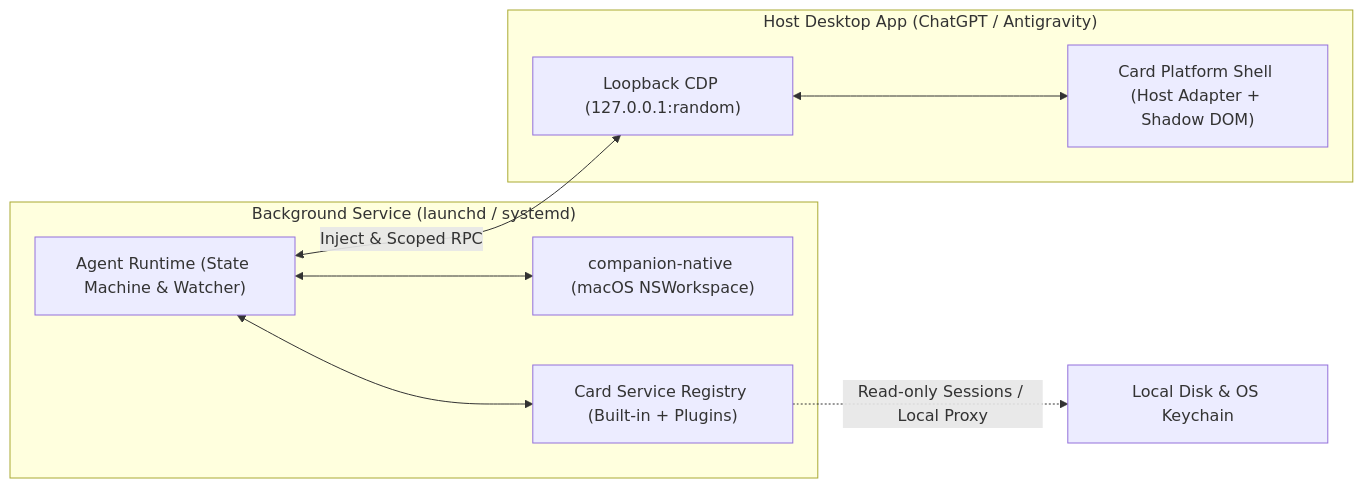
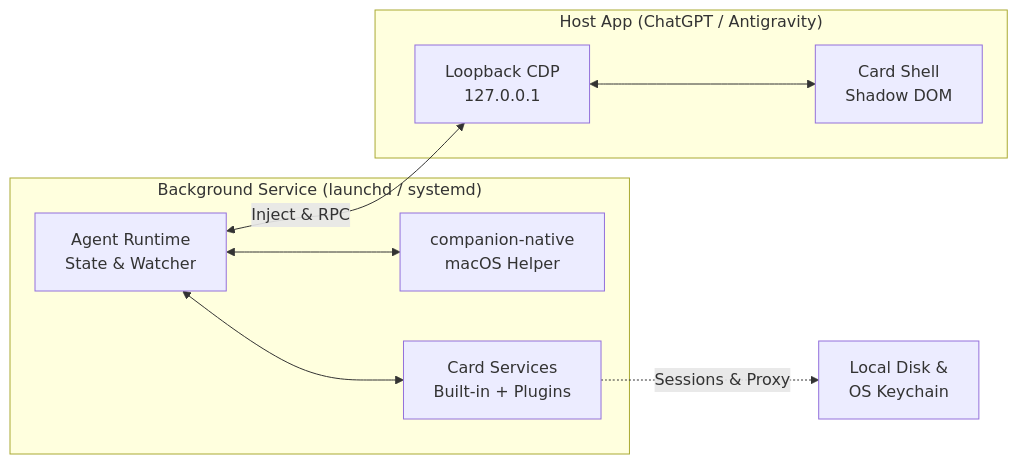
The diagram in README.md (foriLLL/agent-companion), drawn with Mermaid before and after one commit. The commit also changed 1 other file, not shown here.

Commit message:
docs: 修复中英文 README 架构图节点在 GitHub 被截断的问题

````diff
--- a/README.md
+++ b/README.md
@@ -227,19 +227,19 @@
 ```mermaid
 flowchart LR
   subgraph OS["Background Service (launchd / systemd)"]
-    Agent["Agent Runtime (State Machine & Watcher)"]
-    Native["companion-native (macOS NSWorkspace)"]
-    Services["Card Service Registry (Built-in + Plugins)"]
+    Agent["Agent Runtime<br/>State & Watcher"]
+    Native["companion-native<br/>macOS Helper"]
+    Services["Card Services<br/>Built-in + Plugins"]
     Agent <--> Native
     Agent <--> Services
   end
 
-  subgraph Host["Host Desktop App (ChatGPT / Antigravity)"]
-    CDP["Loopback CDP (127.0.0.1:random)"]
-    Page["Card Platform Shell (Host Adapter + Shadow DOM)"]
+  subgraph Host["Host App (ChatGPT / Antigravity)"]
+    CDP["Loopback CDP<br/>127.0.0.1"]
+    Page["Card Shell<br/>Shadow DOM"]
     CDP <--> Page
   end
 
-  Agent <-->|"Inject & Scoped RPC"| CDP
-  Services -.->|"Read-only Sessions / Local Proxy"| Local["Local Disk & OS Keychain"]
+  Agent <-->|"Inject & RPC"| CDP
+  Services -.->|"Sessions & Proxy"| Local["Local Disk &<br/>OS Keychain"]
 ```
````
